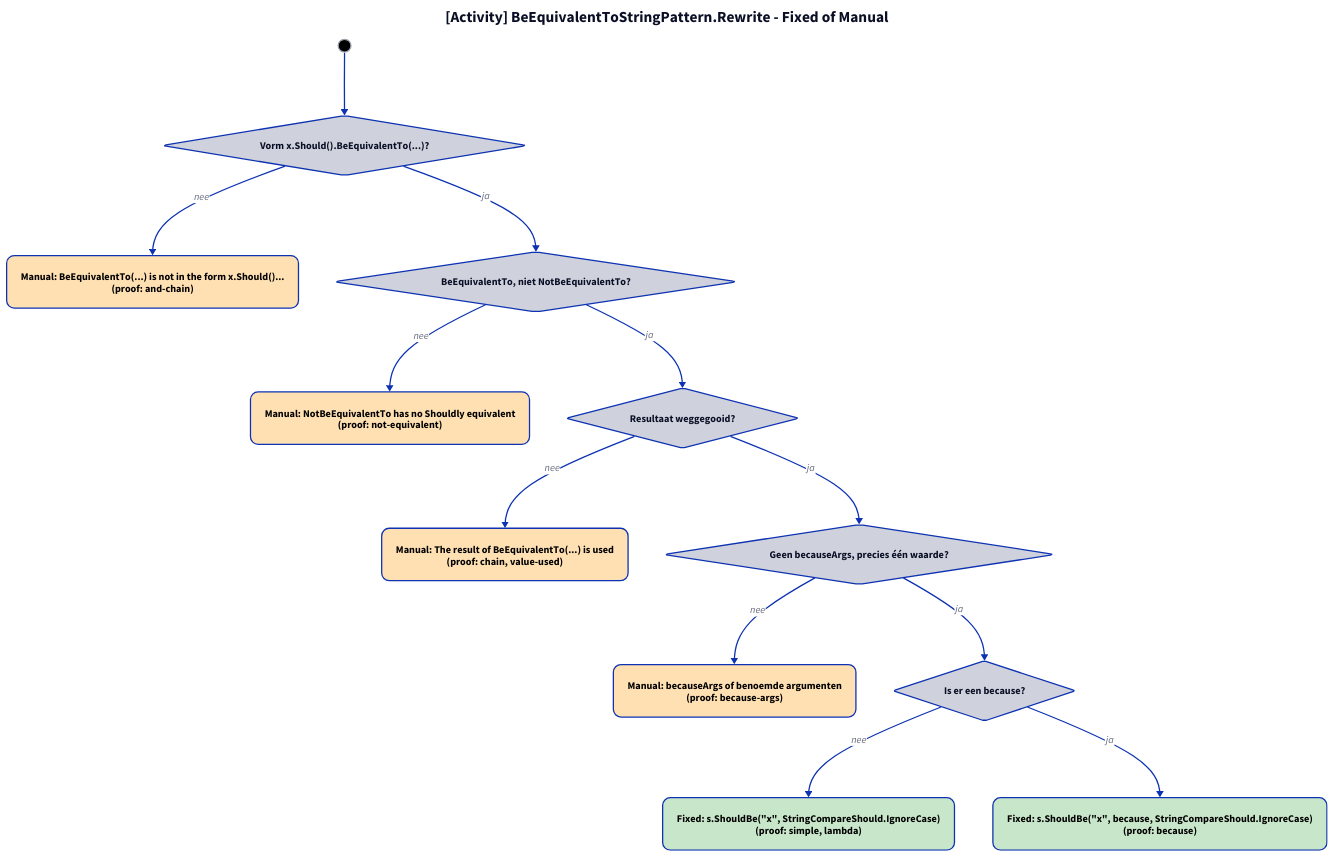
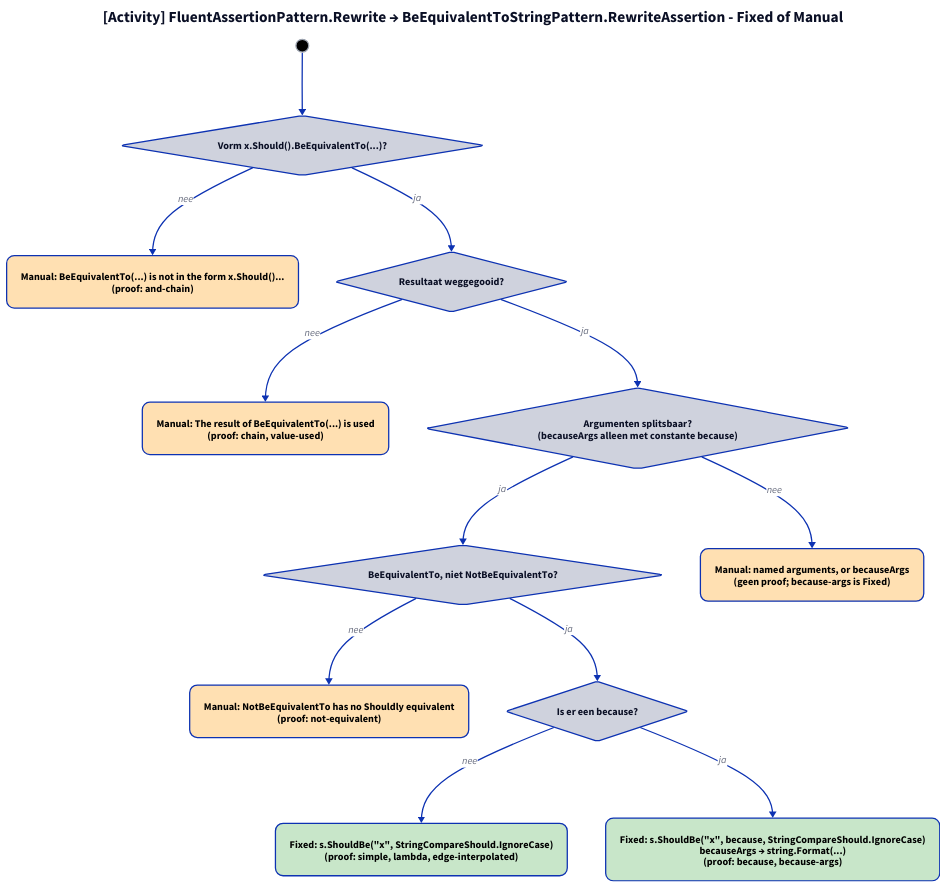
Before and after one commit to ATkingma/unshackle: the diagram in docs/projectinfo/patterns/img/fa-be-equivalent-to-string-modellen-3.d2, drawn with D2. The commit also changed 462 other files, not shown here.

```diff
--- a/docs/projectinfo/patterns/img/fa-be-equivalent-to-string-modellen-3.d2
+++ b/docs/projectinfo/patterns/img/fa-be-equivalent-to-string-modellen-3.d2
@@ -1,31 +1,31 @@
-title: "[Activity] BeEquivalentToStringPattern.Rewrite - Fixed of Manual" {shape: text; near: top-center; style: {font-size: 24; bold: true}}
+title: "[Activity] FluentAssertionPattern.Rewrite → BeEquivalentToStringPattern.RewriteAssertion - Fixed of Manual" {shape: text; near: top-center; style: {font-size: 24; bold: true}}
 direction: down
 vars: {
   d2-legend: {
     f: Fixed {style.fill: "#c8e6c9"; style.font-color: "#000000"}
     m: Manual {style.fill: "#ffe0b2"; style.font-color: "#000000"}
   }
 }
 start: "" {shape: circle; width: 20; style: {fill: black; stroke: "#9ca3af"}}
 q1: "Vorm x.Should().BeEquivalentTo(...)?" {shape: diamond}
 m1: "Manual: BeEquivalentTo(...) is not in the form x.Should()...\n(proof: and-chain)" {style.fill: "#ffe0b2"; style.font-color: "#000000"; style.border-radius: 12}
 q2: "BeEquivalentTo, niet NotBeEquivalentTo?" {shape: diamond}
 m2: "Manual: NotBeEquivalentTo has no Shouldly equivalent\n(proof: not-equivalent)" {style.fill: "#ffe0b2"; style.font-color: "#000000"; style.border-radius: 12}
 q3: "Resultaat weggegooid?" {shape: diamond}
 m3: "Manual: The result of BeEquivalentTo(...) is used\n(proof: chain, value-used)" {style.fill: "#ffe0b2"; style.font-color: "#000000"; style.border-radius: 12}
-q4: "Geen becauseArgs, precies één waarde?" {shape: diamond}
-m4: "Manual: becauseArgs of benoemde argumenten\n(proof: because-args)" {style.fill: "#ffe0b2"; style.font-color: "#000000"; style.border-radius: 12}
+q4: "Argumenten splitsbaar?\n(becauseArgs alleen met constante because)" {shape: diamond}
+m4: "Manual: named arguments, or becauseArgs\n(geen proof; because-args is Fixed)" {style.fill: "#ffe0b2"; style.font-color: "#000000"; style.border-radius: 12}
 s: "Is er een because?" {shape: diamond}
-f1: "Fixed: s.ShouldBe(\"x\", StringCompareShould.IgnoreCase)\n(proof: simple, lambda)" {style.fill: "#c8e6c9"; style.font-color: "#000000"; style.border-radius: 12}
-f2: "Fixed: s.ShouldBe(\"x\", because, StringCompareShould.IgnoreCase)\n(proof: because)" {style.fill: "#c8e6c9"; style.font-color: "#000000"; style.border-radius: 12}
+f1: "Fixed: s.ShouldBe(\"x\", StringCompareShould.IgnoreCase)\n(proof: simple, lambda, edge-interpolated)" {style.fill: "#c8e6c9"; style.font-color: "#000000"; style.border-radius: 12}
+f2: "Fixed: s.ShouldBe(\"x\", because, StringCompareShould.IgnoreCase)\nbecauseArgs → string.Format(...)\n(proof: because, because-args)" {style.fill: "#c8e6c9"; style.font-color: "#000000"; style.border-radius: 12}
 start -> q1
 q1 -> m1: nee
-q1 -> q2: ja
-q2 -> m2: nee
-q2 -> q3: ja
+q1 -> q3: ja
 q3 -> m3: nee
 q3 -> q4: ja
 q4 -> m4: nee
-q4 -> s: ja
+q4 -> q2: ja
+q2 -> m2: nee
+q2 -> s: ja
 s -> f1: "nee"
 s -> f2: "ja"
```
